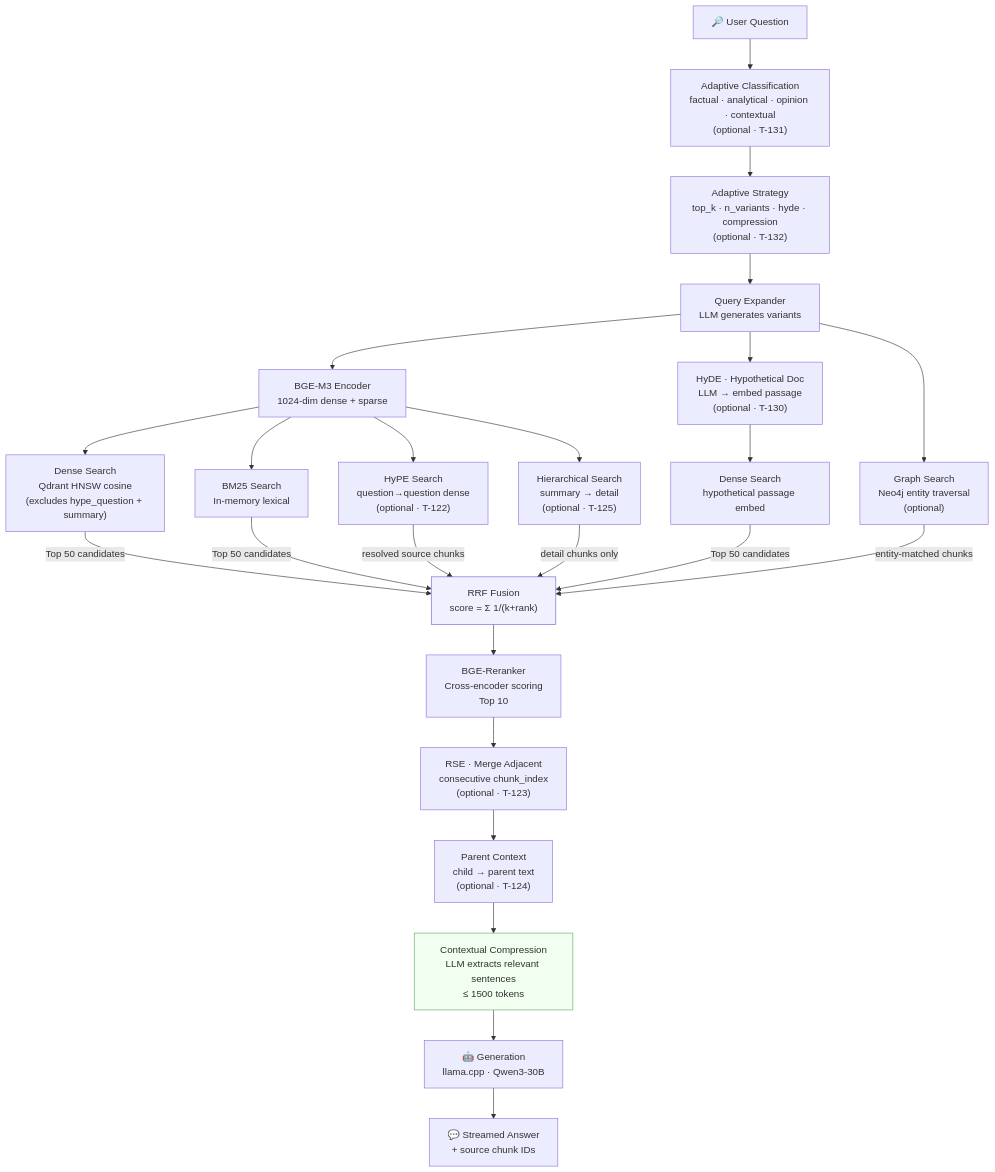
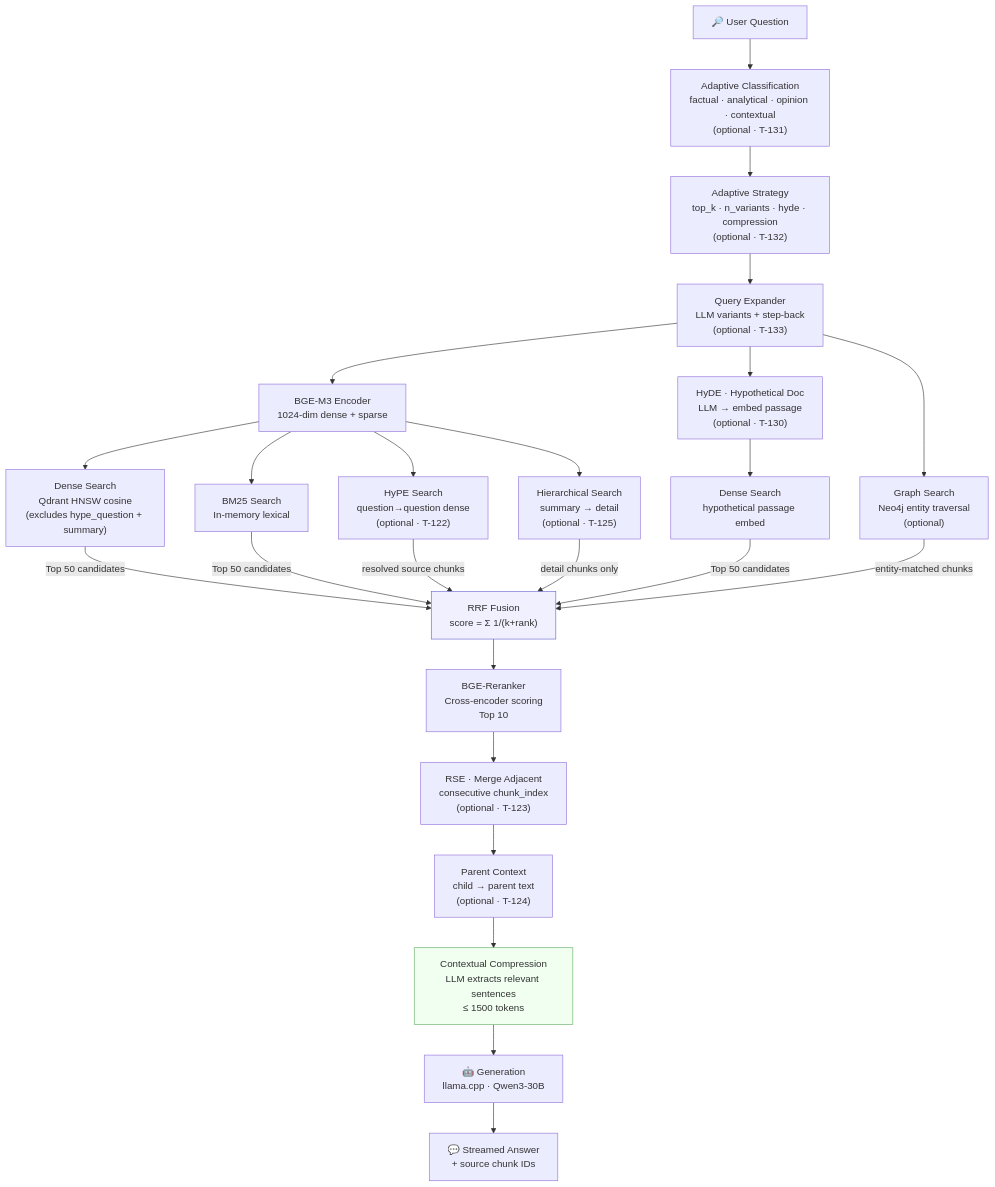
The seventh of 10 diagrams in README.md (ealbertoav/rag_platform), drawn with Mermaid before and after one commit. The commit also changed other lines of this file and 13 other files, not shown here.

First line of the commit message:
feat: add step-back query transformation for broader background context

````diff
--- a/README.md
+++ b/README.md
@@ -1237,32 +1239,32 @@
 ```mermaid
 flowchart TD
     Q["🔎 User Question"] --> ADAPT["Adaptive Classification<br/>factual · analytical · opinion · contextual<br/>(optional · T-131)"]
     ADAPT --> STRAT["Adaptive Strategy<br/>top_k · n_variants · hyde · compression<br/>(optional · T-132)"]
-    STRAT --> QE["Query Expander<br/>LLM generates variants"]
+    STRAT --> QE["Query Expander<br/>LLM variants + step-back<br/>(optional · T-133)"]
     QE --> EMB["BGE-M3 Encoder<br/>1024-dim dense + sparse"]
     QE --> HYDE["HyDE · Hypothetical Doc<br/>LLM → embed passage<br/>(optional · T-130)"]
 
     EMB --> DS["Dense Search<br/>Qdrant HNSW cosine<br/>(excludes hype_question + summary)"]
     HYDE --> DS2["Dense Search<br/>hypothetical passage embed"]
     EMB --> BS["BM25 Search<br/>In-memory lexical"]
     EMB --> HS["HyPE Search<br/>question→question dense<br/>(optional · T-122)"]
     EMB --> HRS["Hierarchical Search<br/>summary → detail<br/>(optional · T-125)"]
     QE --> GS["Graph Search<br/>Neo4j entity traversal<br/>(optional)"]
 
     DS -->|Top 50 candidates| RRF["RRF Fusion<br/>score = Σ 1/(k+rank)"]
     DS2 -->|Top 50 candidates| RRF
     BS -->|Top 50 candidates| RRF
     HS -->|resolved source chunks| RRF
     HRS -->|detail chunks only| RRF
     GS -->|entity-matched chunks| RRF
 
     RRF --> RR["BGE-Reranker<br/>Cross-encoder scoring<br/>Top 10"]
     RR --> RSE["RSE · Merge Adjacent<br/>consecutive chunk_index<br/>(optional · T-123)"]
     RSE --> PC["Parent Context<br/>child → parent text<br/>(optional · T-124)"]
     PC --> CTX["Contextual Compression<br/>LLM extracts relevant sentences<br/>≤ 1500 tokens"]
     CTX --> GEN["🤖 Generation<br/>llama.cpp · Qwen3-30B"]
     GEN --> ANS["💬 Streamed Answer<br/>+ source chunk IDs"]
 
     style RRF fill:#f0f0ff,stroke:#6666cc
     style CTX fill:#f0fff0,stroke:#66aa66
 ```
````
